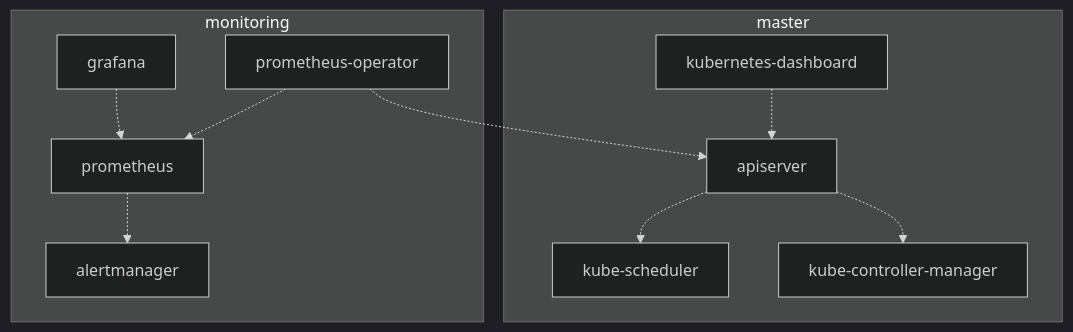
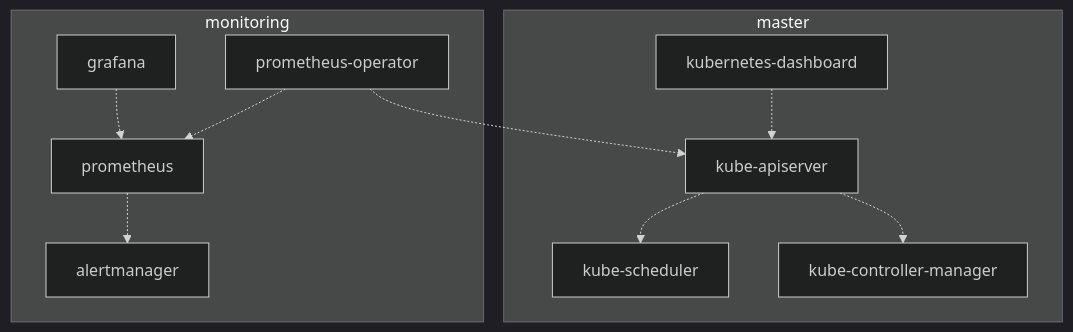
Before and after one commit to AIOS-SH/devoxx-dashboard-as-code: the diagram in dashboards/schema.mermaid, drawn with Mermaid (dark theme). The commit also changed 1 other file, not shown here.

Commit message:
Remove up request and use kube_pod_container_status_running instead.

```diff
--- a/dashboards/schema.mermaid
+++ b/dashboards/schema.mermaid
@@ -1,12 +1,12 @@
 graph TD
   subgraph master
-    kubernetes-dashboard -.-> apiserver
-    apiserver -.-> kube-scheduler
-    apiserver -.-> kube-controller-manager
+    kubernetes-dashboard -.-> kube-apiserver
+    kube-apiserver -.-> kube-scheduler
+    kube-apiserver -.-> kube-controller-manager
   end
   subgraph monitoring
-    prometheus-operator -.-> apiserver
+    prometheus-operator -.-> kube-apiserver
     prometheus-operator -.-> prometheus
     prometheus -.-> alertmanager
     grafana -.-> prometheus
   end
```
